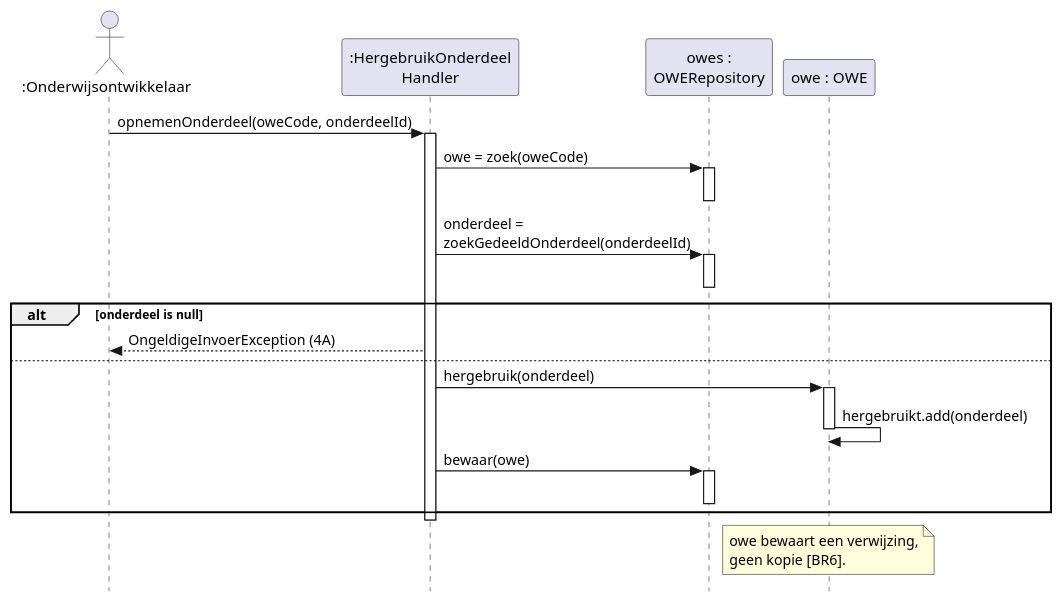
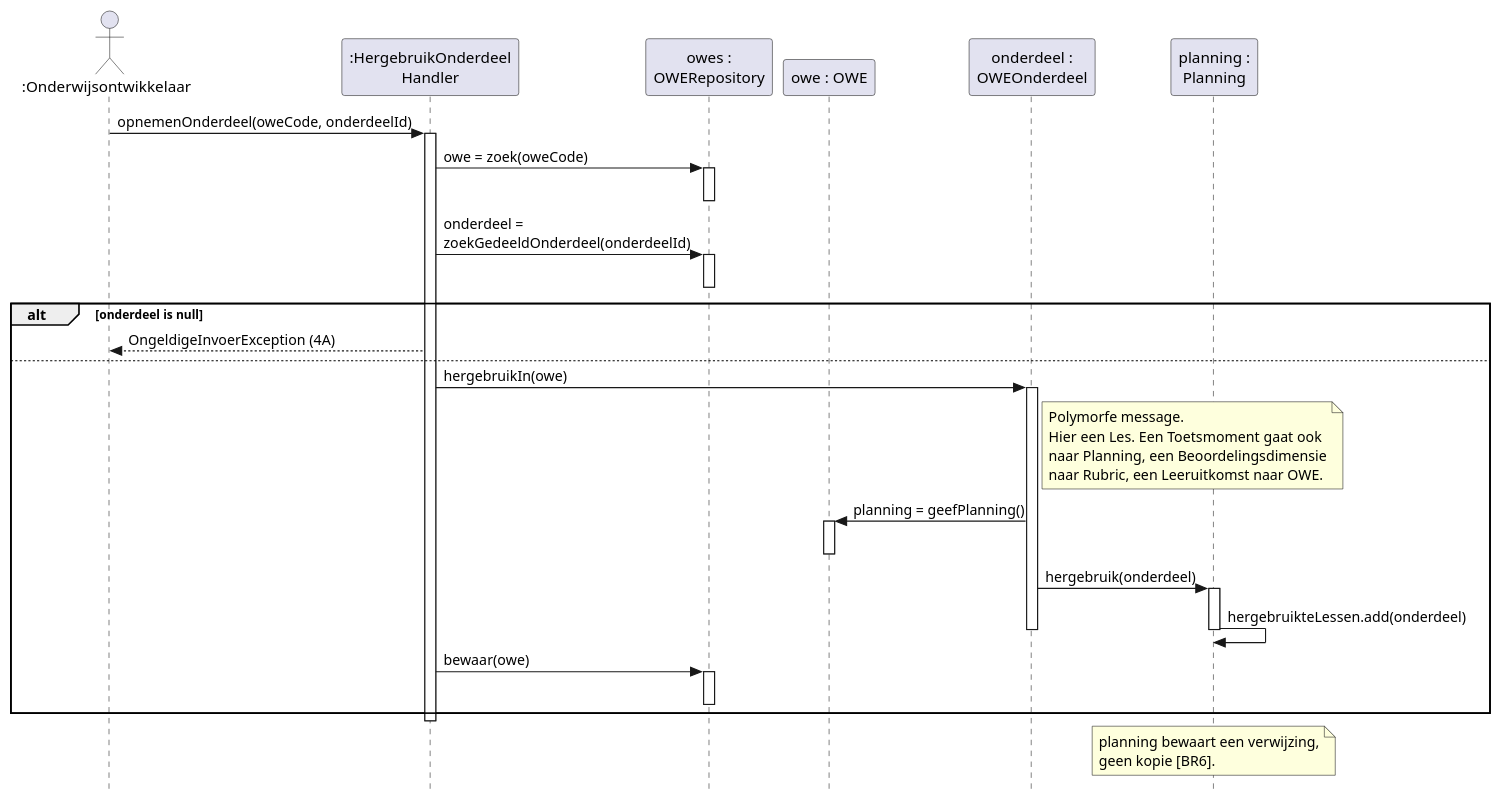
The diagram in docs/diagrams/sd-uc07-opnemenonderdeel.puml (HAN-Craftsmanship-KL-JJG/casus), drawn with PlantUML before and after one commit. The commit also changed 18 other files, not shown here.

First line of the commit message:
refactor(docs): split OWE into Rubric and Planning

```diff
--- a/docs/diagrams/sd-uc07-opnemenonderdeel.puml
+++ b/docs/diagrams/sd-uc07-opnemenonderdeel.puml
@@ -1,38 +1,52 @@
 @startuml sd-uc07-opnemenonderdeel
 ' Sequence diagram van systeemoperatie opnemenOnderdeel (UC07, stap 3 en 4).
 ' Toelichting: docs/08-sequencediagrammen.md
 skinparam style strictuml
 skinparam shadowing false
 skinparam defaultFontName Helvetica
 hide footbox
 
 actor ":Onderwijsontwikkelaar" as ontwikkelaar
 participant ":HergebruikOnderdeel\nHandler" as handler
 participant "owes :\nOWERepository" as owes
 participant "owe : OWE" as owe
+participant "onderdeel :\nOWEOnderdeel" as onderdeel
+participant "planning :\nPlanning" as planning
 
 ontwikkelaar -> handler : opnemenOnderdeel(oweCode, onderdeelId)
 activate handler
 handler -> owes : owe = zoek(oweCode)
 activate owes
 deactivate owes
 handler -> owes : onderdeel =\nzoekGedeeldOnderdeel(onderdeelId)
 activate owes
 deactivate owes
 alt onderdeel is null
   handler --> ontwikkelaar : OngeldigeInvoerException (4A)
 else
-  handler -> owe : hergebruik(onderdeel)
+  handler -> onderdeel : hergebruikIn(owe)
+  activate onderdeel
+  note right of onderdeel
+    Polymorfe message.
+    Hier een Les. Een Toetsmoment gaat ook
+    naar Planning, een Beoordelingsdimensie
+    naar Rubric, een Leeruitkomst naar OWE.
+  end note
+  onderdeel -> owe : planning = geefPlanning()
   activate owe
-  owe -> owe : hergebruikt.add(onderdeel)
   deactivate owe
+  onderdeel -> planning : hergebruik(onderdeel)
+  activate planning
+  planning -> planning : hergebruikteLessen.add(onderdeel)
+  deactivate planning
+  deactivate onderdeel
   handler -> owes : bewaar(owe)
   activate owes
   deactivate owes
 end
 deactivate handler
-note over owe
-  owe bewaart een verwijzing,
+note over planning
+  planning bewaart een verwijzing,
   geen kopie [BR6].
 end note
 @enduml
```
